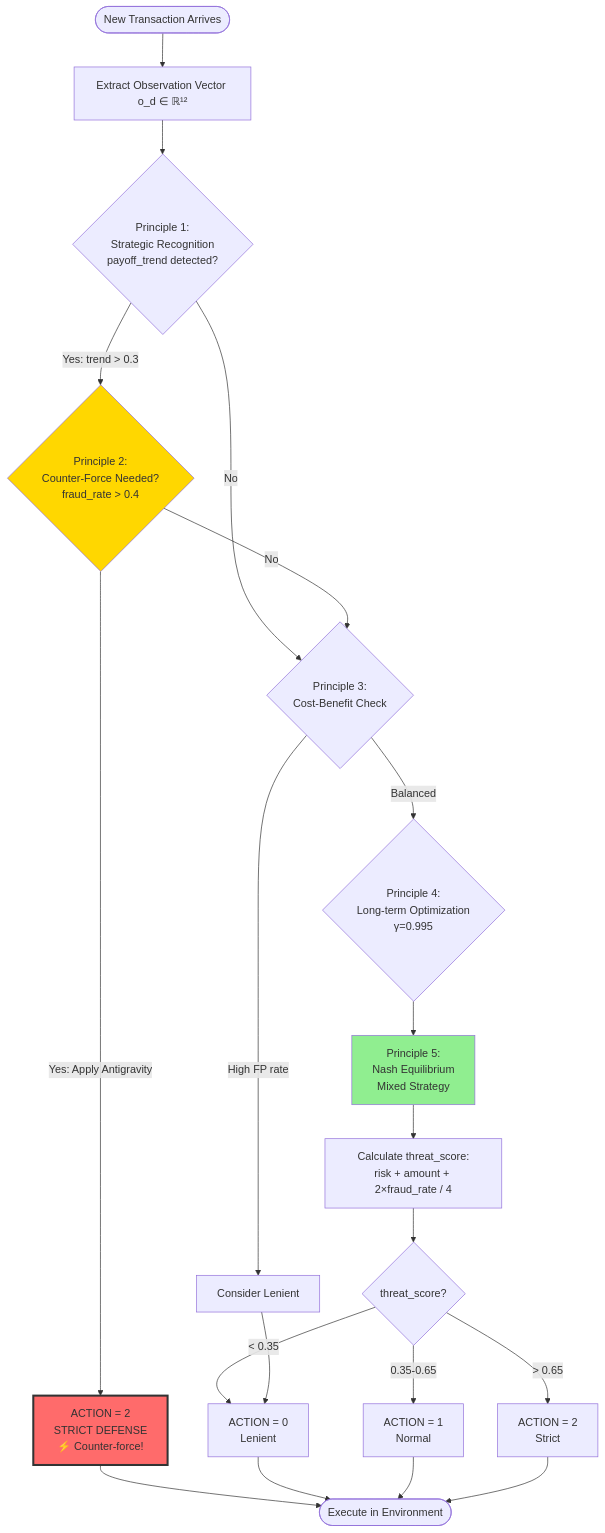
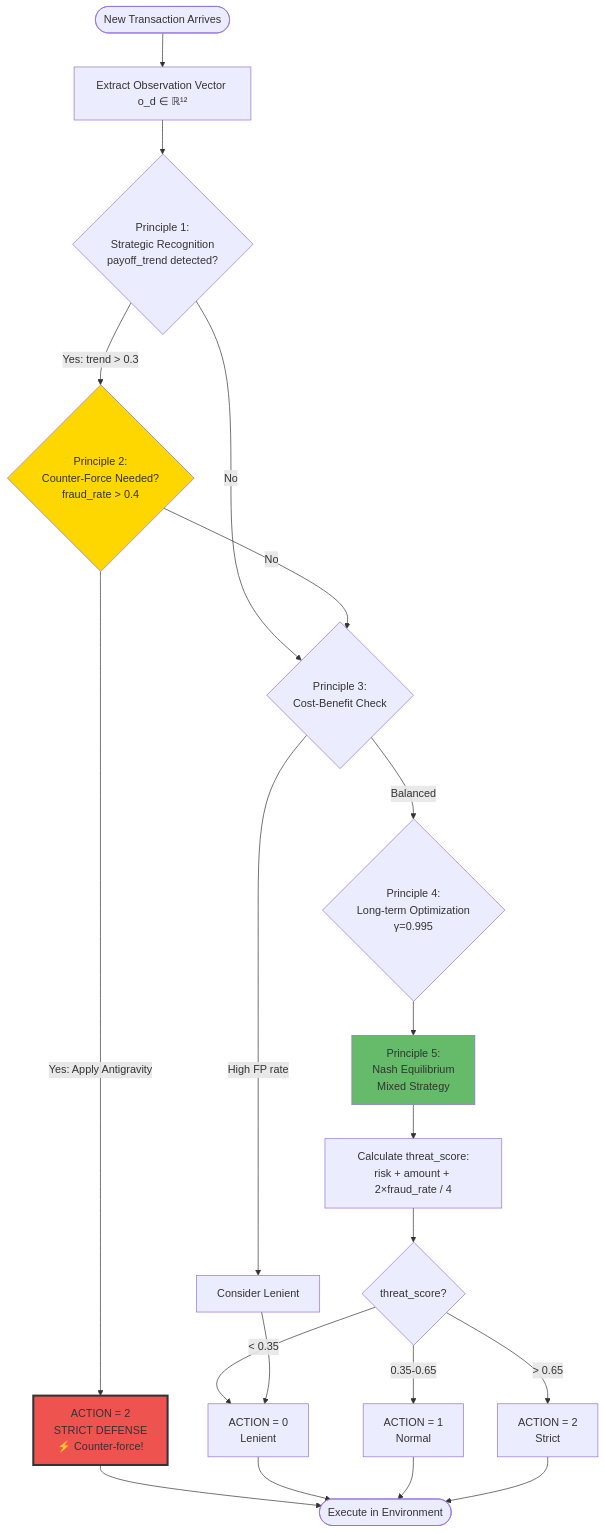
Diagram 11 of 14 in README.md (HelloCol2/markov-fraud-antigravity), drawn with Mermaid before and after one commit. The commit also changed other lines of this file, not shown here.

````diff
--- a/README.md
+++ b/README.md
@@ -652,36 +654,36 @@
 ```mermaid
 graph TB
     Start([New Transaction Arrives]) --> Obs[Extract Observation Vector o_d ∈ ℝ¹²]
     
     Obs --> P1{Principle 1:<br/>Strategic Recognition<br/>payoff_trend detected?}
     
     P1 -->|Yes: trend > 0.3| P2{Principle 2:<br/>Counter-Force Needed?<br/>fraud_rate > 0.4}
     P1 -->|No| P3{Principle 3:<br/>Cost-Benefit Check}
     
     P2 -->|Yes: Apply Antigravity| Strict[ACTION = 2<br/>STRICT DEFENSE<br/>⚡ Counter-force!]
     P2 -->|No| P3
     
     P3 -->|High FP rate| Relax[Consider Lenient]
     P3 -->|Balanced| P4{Principle 4:<br/>Long-term Optimization<br/>γ=0.995}
     
     P4 --> P5[Principle 5:<br/>Nash Equilibrium<br/>Mixed Strategy]
     
     P5 --> Threat[Calculate threat_score:<br/>risk + amount + 2×fraud_rate / 4]
     
     Threat --> Decision{threat_score?}
     Decision -->|> 0.65| Action2[ACTION = 2<br/>Strict]
     Decision -->|0.35-0.65| Action1[ACTION = 1<br/>Normal]
     Decision -->|< 0.35| Action0[ACTION = 0<br/>Lenient]
     
     Relax --> Action0
     Strict --> Execute
     Action0 --> Execute
     Action1 --> Execute
     Action2 --> Execute
     
     Execute([Execute in Environment])
     
-    style Strict fill:#FF6B6B,stroke:#333,stroke-width:3px
-    style P2 fill:#FFD700
-    style P5 fill:#90EE90
+    style Strict fill:#ef5350,stroke:#333,stroke-width:3px
+    style P2 fill:#ffd700
+    style P5 fill:#66bb6a
 ```
````
